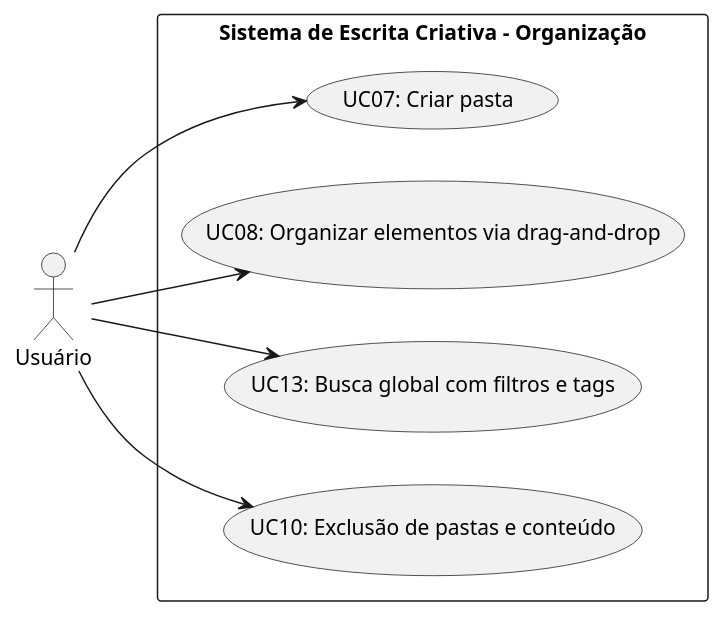
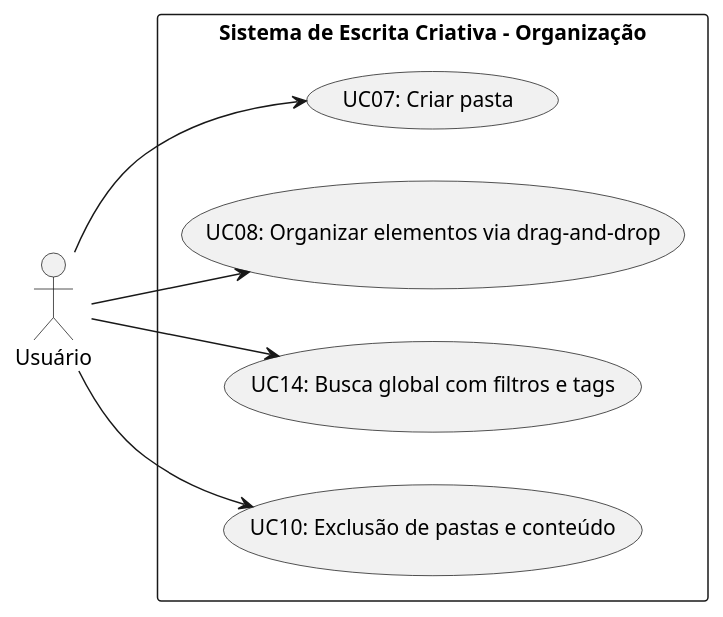
The diagram in docs/casosUso/uml/diagramas_gerais/diagrama02.puml (aspiringluke/Projeto-Integrado-Mobile), drawn with PlantUML before and after one commit. The commit also changed 31 other files, not shown here.

```diff
--- a/docs/casosUso/uml/diagramas_gerais/diagrama02.puml
+++ b/docs/casosUso/uml/diagramas_gerais/diagrama02.puml
@@ -1,17 +1,17 @@
 @startuml UC_Organizacao
 left to right direction
 
 actor "Usuário"as U
 
 rectangle "Sistema de Escrita Criativa - Organização" {
     usecase "UC07: Criar pasta" as UC07
     usecase "UC08: Organizar elementos via drag-and-drop" as UC08
-    usecase "UC13: Busca global com filtros e tags" as UC13
+    usecase "UC14: Busca global com filtros e tags" as UC14
     usecase "UC10: Exclusão de pastas e conteúdo" as UC10
 }
 
 U --> UC07
 U --> UC08
-U --> UC13
+U --> UC14
 U --> UC10
 @enduml
```
